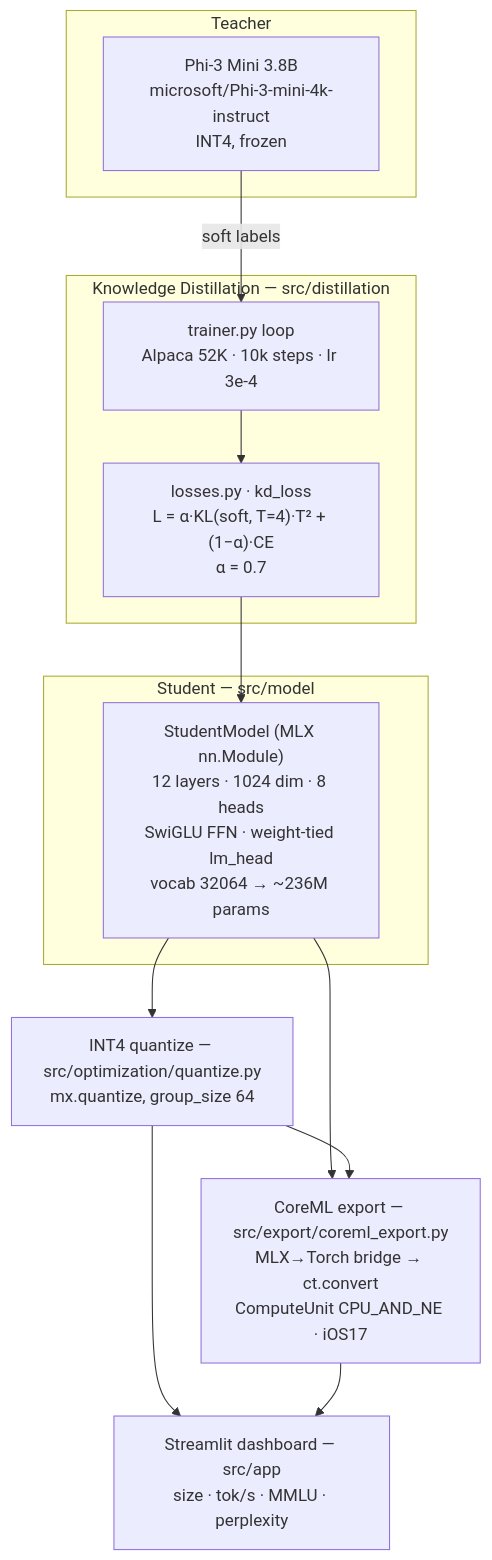
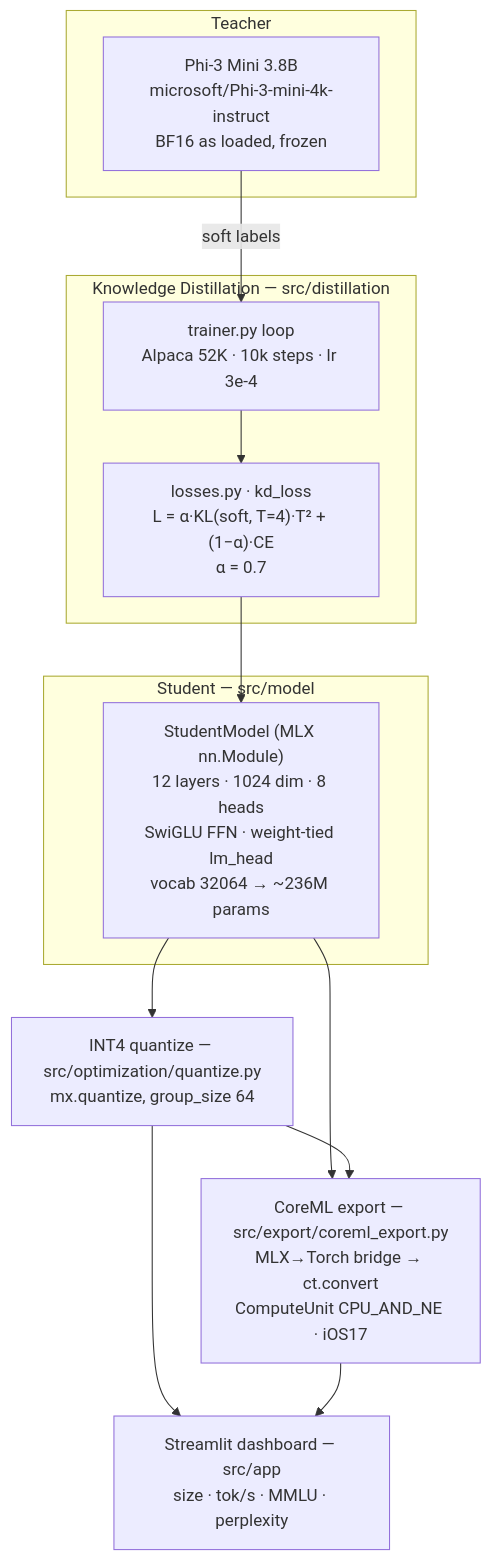
The diagram in README.md (shaikn6/on-device-llm-optimizer), drawn with Mermaid before and after one commit. The commit also changed other lines of this file and 5 other files, not shown here.

````diff
--- a/README.md
+++ b/README.md
@@ -15,25 +15,25 @@
 ```mermaid
 flowchart TD
     subgraph Teacher
-      T["Phi-3 Mini 3.8B<br/>microsoft/Phi-3-mini-4k-instruct<br/>INT4, frozen"]
+      T["Phi-3 Mini 3.8B<br/>microsoft/Phi-3-mini-4k-instruct<br/>BF16 as loaded, frozen"]
     end
     subgraph Distillation["Knowledge Distillation — src/distillation"]
       D["trainer.py loop<br/>Alpaca 52K · 10k steps · lr 3e-4"]
       L["losses.py · kd_loss<br/>L = α·KL(soft, T=4)·T² + (1−α)·CE<br/>α = 0.7"]
     end
     subgraph Student["Student — src/model"]
       S["StudentModel (MLX nn.Module)<br/>12 layers · 1024 dim · 8 heads<br/>SwiGLU FFN · weight-tied lm_head<br/>vocab 32064 → ~236M params"]
     end
     Q["INT4 quantize — src/optimization/quantize.py<br/>mx.quantize, group_size 64"]
     C["CoreML export — src/export/coreml_export.py<br/>MLX→Torch bridge → ct.convert<br/>ComputeUnit CPU_AND_NE · iOS17"]
     V["Streamlit dashboard — src/app<br/>size · tok/s · MMLU · perplexity"]
 
     T -->|soft labels| D
     D --> L
     L --> S
     S --> Q
     S --> C
     Q --> C
     Q --> V
     C --> V
 ```
````
